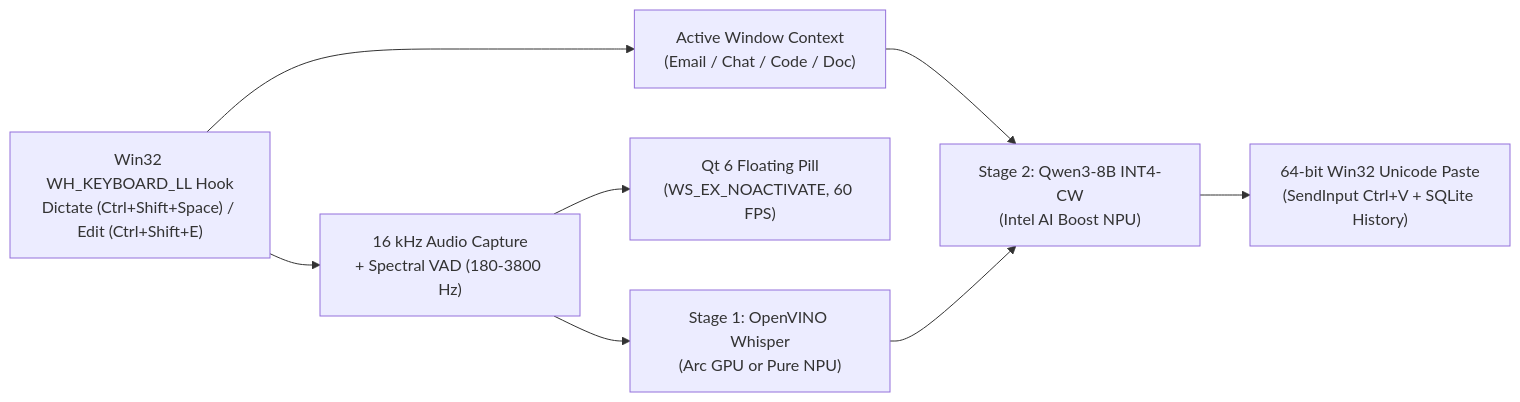
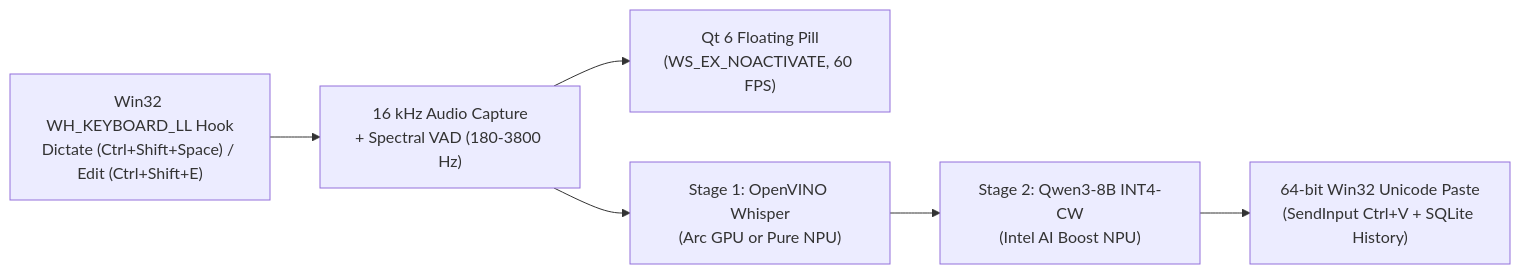
One commit to jbuscher-bds/Ceres changed the diagram in README.md. Above: the diagram before and after it, drawn with Mermaid. The commit also changed other lines of this file and 25 other files, not shown here.

First line of the commit message:
feat(ui,audio): WinUI 3 brand theme, Speech Signal icon, focus fix, and mic dedup

````diff
--- a/README.md
+++ b/README.md
@@ -44,10 +44,8 @@
 ```mermaid
 flowchart LR
-    HK["Win32 WH_KEYBOARD_LL Hook\nDictate (Ctrl+Shift+Space) / Edit (Ctrl+Shift+E)"] --> CTX["Active Window Context\n(Email / Chat / Code / Doc)"]
-    HK --> CAP["16 kHz Audio Capture\n+ Spectral VAD (180-3800 Hz)"]
+    HK["Win32 WH_KEYBOARD_LL Hook\nDictate (Ctrl+Shift+Space) / Edit (Ctrl+Shift+E)"] --> CAP["16 kHz Audio Capture\n+ Spectral VAD (180-3800 Hz)"]
     CAP --> PILL["Qt 6 Floating Pill\n(WS_EX_NOACTIVATE, 60 FPS)"]
     CAP --> STT["Stage 1: OpenVINO Whisper\n(Arc GPU or Pure NPU)"]
-    CTX --> LLM["Stage 2: Qwen3-8B INT4-CW\n(Intel AI Boost NPU)"]
-    STT --> LLM
+    STT --> LLM["Stage 2: Qwen3-8B INT4-CW\n(Intel AI Boost NPU)"]
     LLM --> INJ["64-bit Win32 Unicode Paste\n(SendInput Ctrl+V + SQLite History)"]
 ```
````
